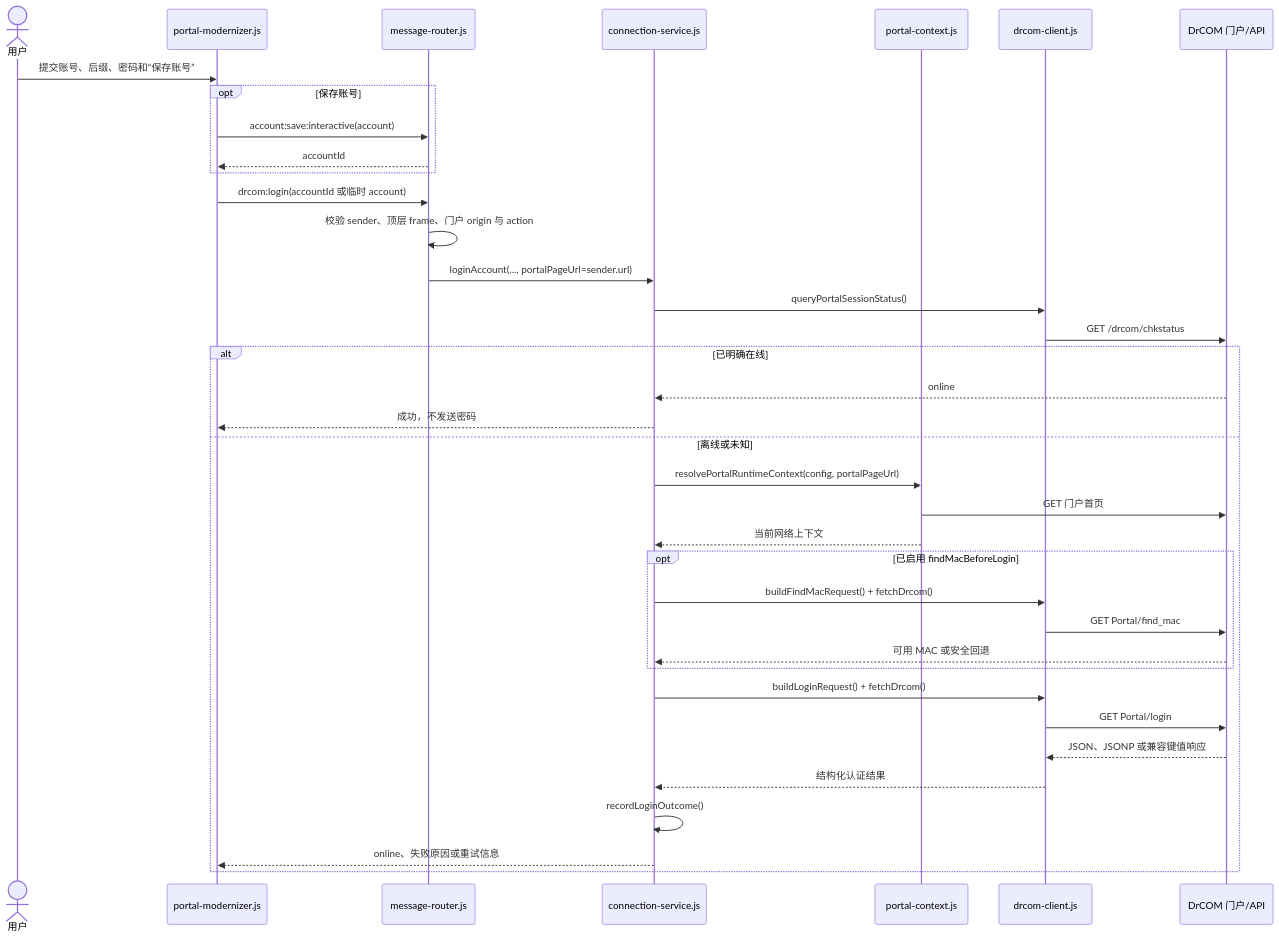
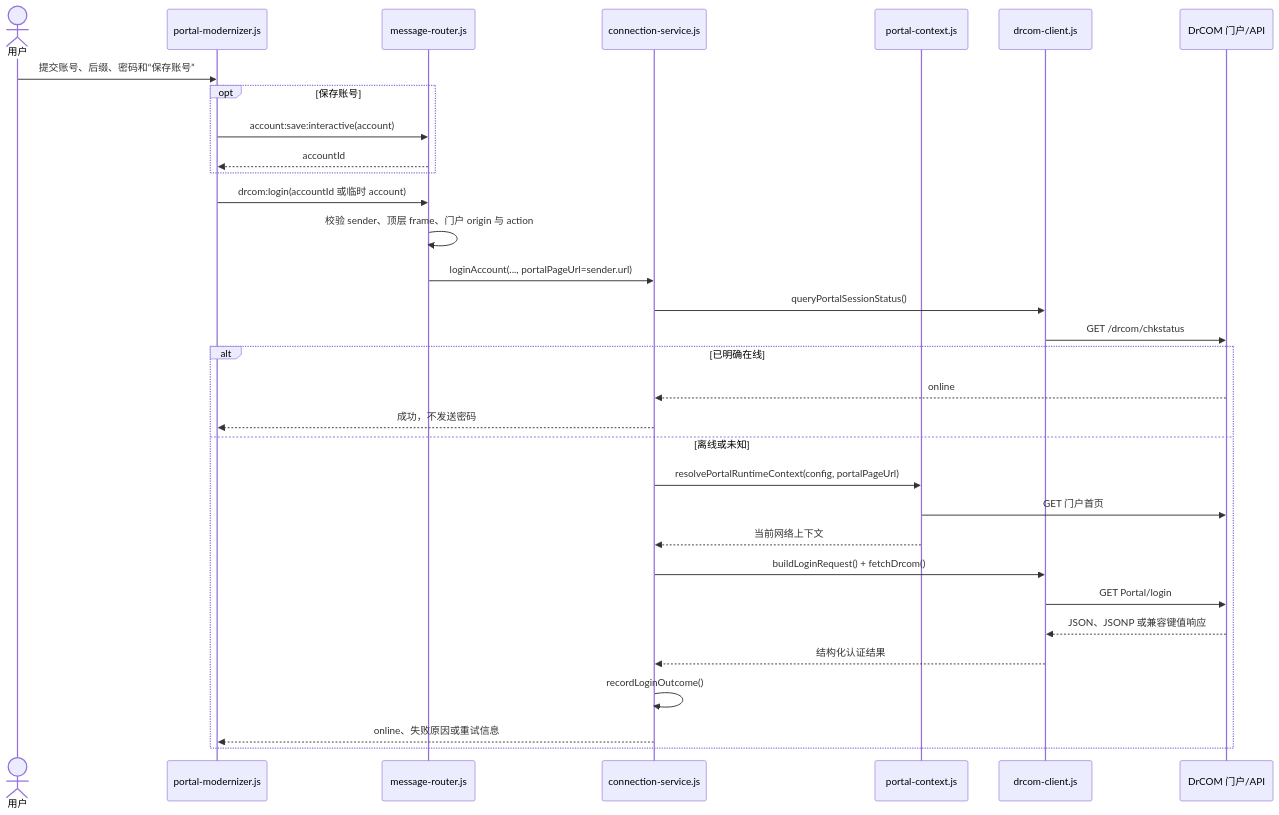
The second of 2 diagrams in docs/development-guide.md (windyxyz/xzhmuDrcom), drawn with Mermaid before and after one commit. The commit also changed other lines of this file and 7 other files, not shown here.

Commit message:
fix(portal): mirror production login identity

```diff
--- a/docs/development-guide.md
+++ b/docs/development-guide.md
@@ -247,40 +247,35 @@
 ~~~mermaid
 sequenceDiagram
   actor U as 用户
   participant M as portal-modernizer.js
   participant R as message-router.js
   participant C as connection-service.js
   participant X as portal-context.js
   participant D as drcom-client.js
   participant G as DrCOM 门户/API
 
   U->>M: 提交账号、后缀、密码和“保存账号”
   opt 保存账号
     M->>R: account:save:interactive(account)
     R-->>M: accountId
   end
   M->>R: drcom:login(accountId 或临时 account)
   R->>R: 校验 sender、顶层 frame、门户 origin 与 action
   R->>C: loginAccount(..., portalPageUrl=sender.url)
   C->>D: queryPortalSessionStatus()
   D->>G: GET /drcom/chkstatus
   alt 已明确在线
     G-->>C: online
     C-->>M: 成功，不发送密码
   else 离线或未知
     C->>X: resolvePortalRuntimeContext(config, portalPageUrl)
     X->>G: GET 门户首页
     X-->>C: 当前网络上下文
-    opt 已启用 findMacBeforeLogin
-      C->>D: buildFindMacRequest() + fetchDrcom()
-      D->>G: GET Portal/find_mac
-      G-->>C: 可用 MAC 或安全回退
-    end
     C->>D: buildLoginRequest() + fetchDrcom()
     D->>G: GET Portal/login
     G-->>D: JSON、JSONP 或兼容键值响应
     D-->>C: 结构化认证结果
     C->>C: recordLoginOutcome()
     C-->>M: online、失败原因或重试信息
   end
 ~~~
```
